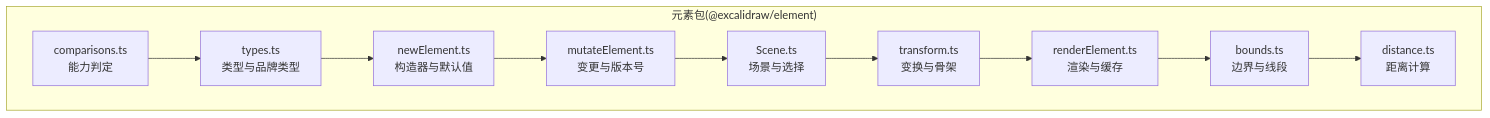
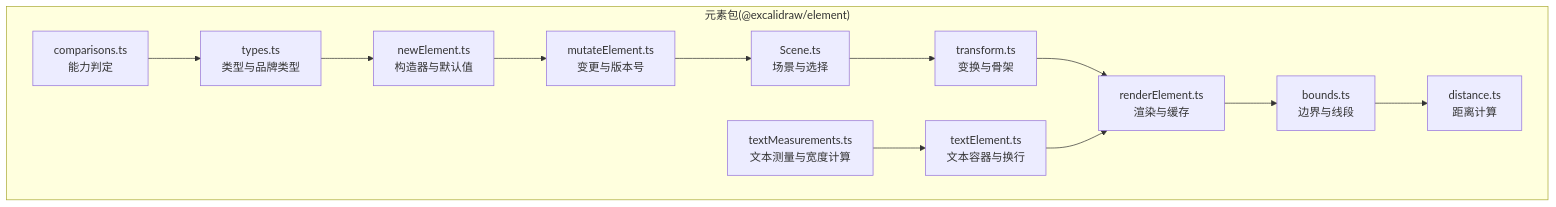
Before and after one commit to Az-qianchen/Excalidraw: the first of 8 diagrams in .qoder/repowiki/zh/content/元素系统/元素系统.md, drawn with Mermaid. The commit also changed other lines of this file and 14 other files, not shown here.

````diff
--- a/.qoder/repowiki/zh/content/元素系统/元素系统.md
+++ b/.qoder/repowiki/zh/content/元素系统/元素系统.md
@@ -44,19 +57,23 @@
 ```mermaid
 graph TB
 subgraph "元素包(@excalidraw/element)"
 A["types.ts<br/>类型与品牌类型"]
 B["newElement.ts<br/>构造器与默认值"]
 C["mutateElement.ts<br/>变更与版本号"]
 D["Scene.ts<br/>场景与选择"]
 E["transform.ts<br/>变换与骨架"]
 F["renderElement.ts<br/>渲染与缓存"]
 G["bounds.ts<br/>边界与线段"]
 H["distance.ts<br/>距离计算"]
 I["comparisons.ts<br/>能力判定"]
+J["textElement.ts<br/>文本容器与换行"]
+K["textMeasurements.ts<br/>文本测量与宽度计算"]
 end
 A --> B --> C --> D
 D --> E --> F
 F --> G
 G --> H
 I --> A
+J --> F
+K --> J
 ```
````
